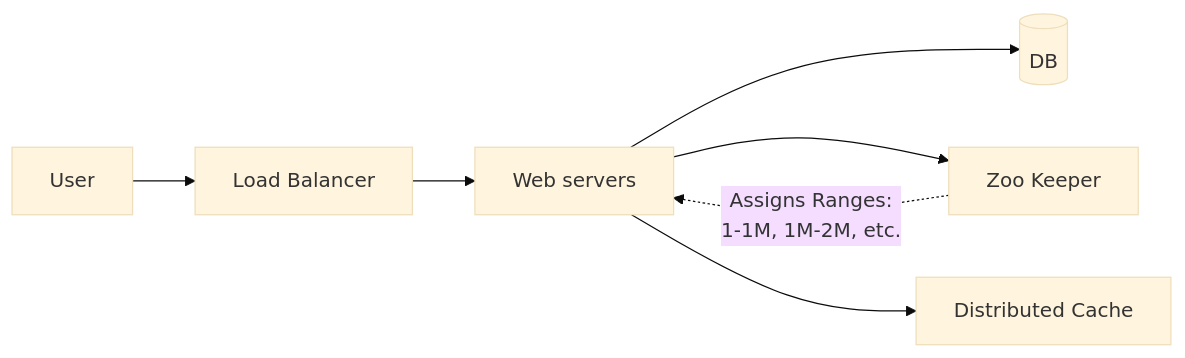
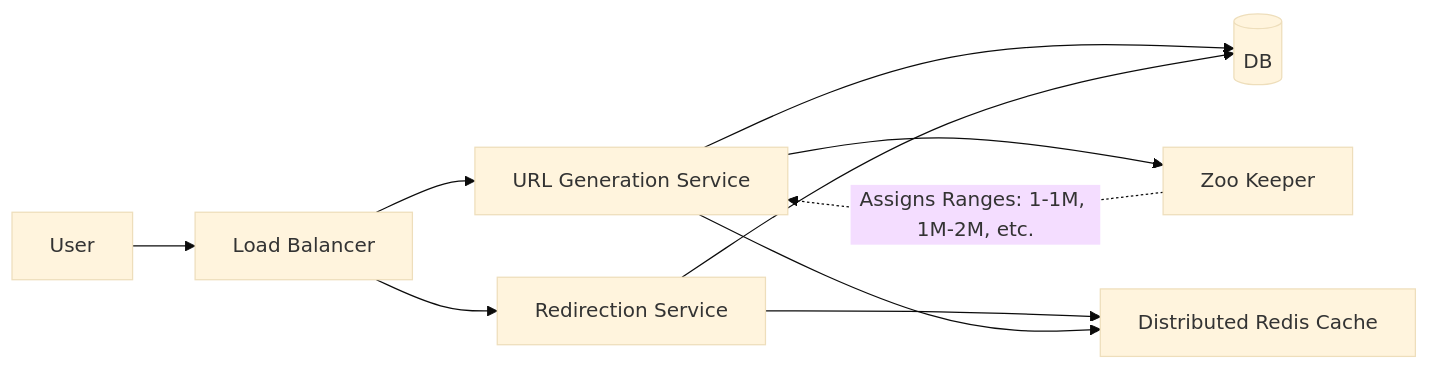
One commit to anubhab555/system-design-prep changed the second of 2 diagrams in HLD/TinyURL_URL Shortner_Bitly/TinyURL.md. Above: the diagram before and after it, drawn with Mermaid (base theme). The commit also changed other lines of this file and 2 other files, not shown here.

````diff
--- a/HLD/TinyURL_URL Shortner_Bitly/TinyURL.md
+++ b/HLD/TinyURL_URL Shortner_Bitly/TinyURL.md
@@ -69,9 +90,12 @@
 ```mermaid
 flowchart LR
-    User --> LB[Load Balancer]
-    LB --> Web[Web servers]
-    Web --> DB[(DB)]
-    Web --> ZK[Zoo Keeper]
-    Web --> Cache[Distributed Cache]
-    ZK -.->|"Assigns Ranges:<br>1-1M, 1M-2M, etc."| Web
+    User --> LB["Load Balancer"]
+    LB --> URLGen["URL Generation Service"]
+    LB --> Redirect["Redirection Service"]
+    URLGen --> DB[("DB")]
+    Redirect --> DB
+    URLGen --> ZK["Zoo Keeper"]
+    Redirect --> Cache["Distributed Redis Cache"]
+    URLGen --> Cache
+    ZK -.->|"Assigns Ranges: 1-1M, 1M-2M, etc."| URLGen
 ```
````
